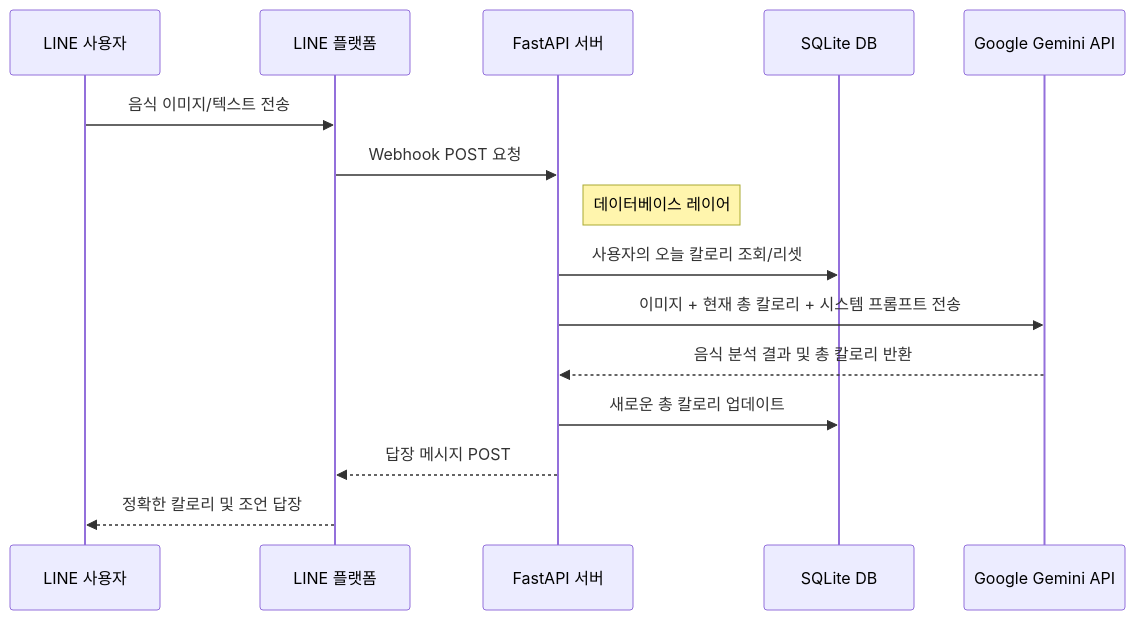
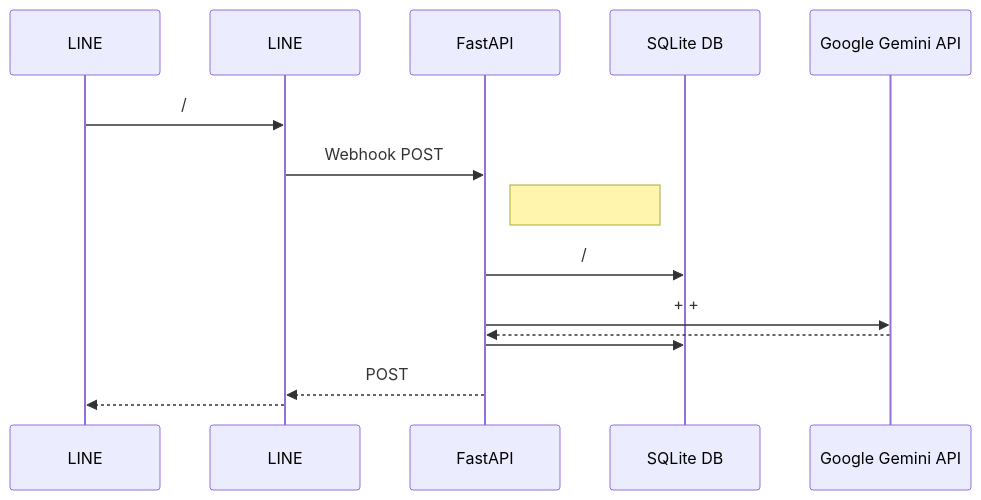
One commit to welltilln/howmanycals changed the diagram in docs/README-KO.md. Above: the diagram before and after it, drawn with Mermaid. The commit also changed other lines of this file and 5 other files, not shown here.

````diff
--- a/docs/README-KO.md
+++ b/docs/README-KO.md
@@ -50,18 +50,18 @@
 ```mermaid
 sequenceDiagram
-    participant User as LINE 사용자
-    participant LINE as LINE 플랫폼
-    participant App as FastAPI 서버
+    participant User as LINE 
+    participant LINE as LINE 
+    participant App as FastAPI 
     participant DB as SQLite DB
     participant Gemini as Google Gemini API
 
-    User->>LINE: 음식 이미지/텍스트 전송
-    LINE->>App: Webhook POST 요청
-    Note right of App: 데이터베이스 레이어
-    App->>DB: 사용자의 오늘 칼로리 조회/리셋
-    App->>Gemini: 이미지 + 현재 총 칼로리 + 시스템 프롬프트 전송
-    Gemini-->>App: 음식 분석 결과 및 총 칼로리 반환
-    App->>DB: 새로운 총 칼로리 업데이트
-    App-->>LINE: 답장 메시지 POST
-    LINE-->>User: 정확한 칼로리 및 조언 답장
+    User->>LINE:  / 
+    LINE->>App: Webhook POST 
+    Note right of App:  
+    App->>DB:    /
+    App->>Gemini:  +    +   
+    Gemini-->>App:       
+    App->>DB:    
+    App-->>LINE:   POST
+    LINE-->>User:     
 ```
````
